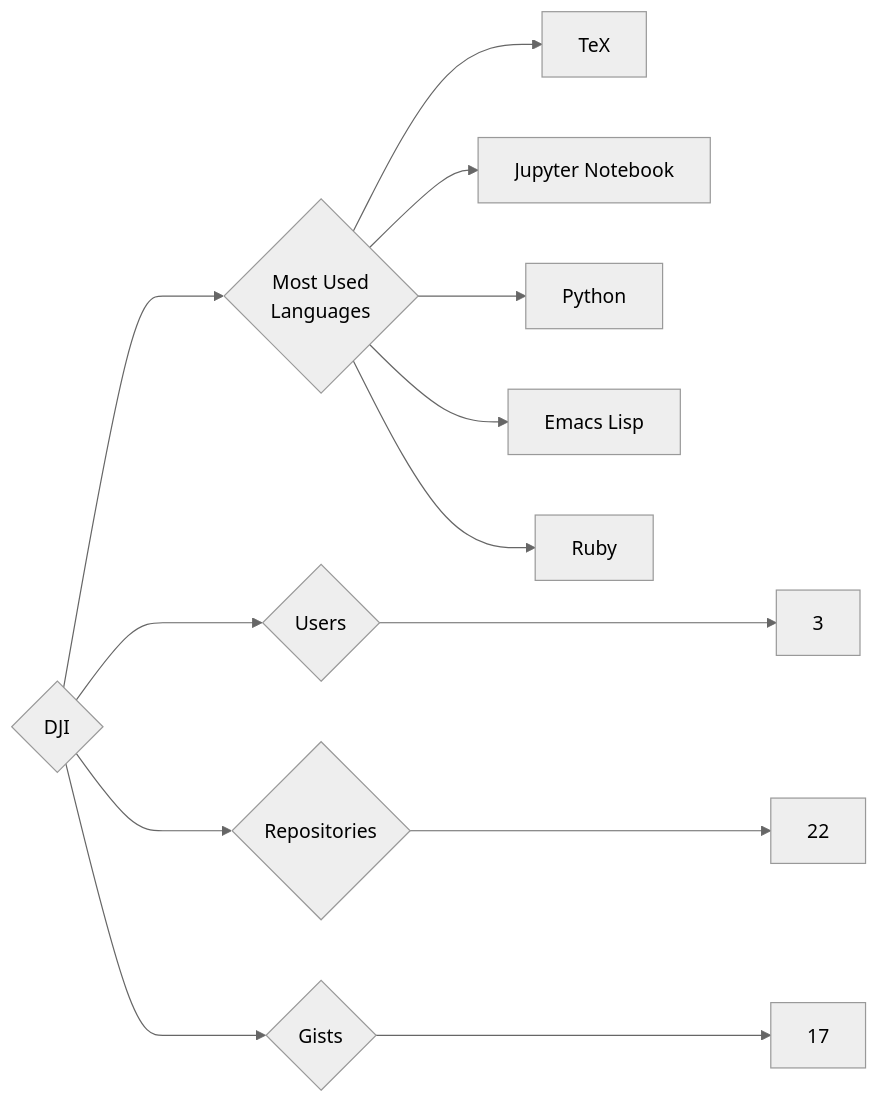
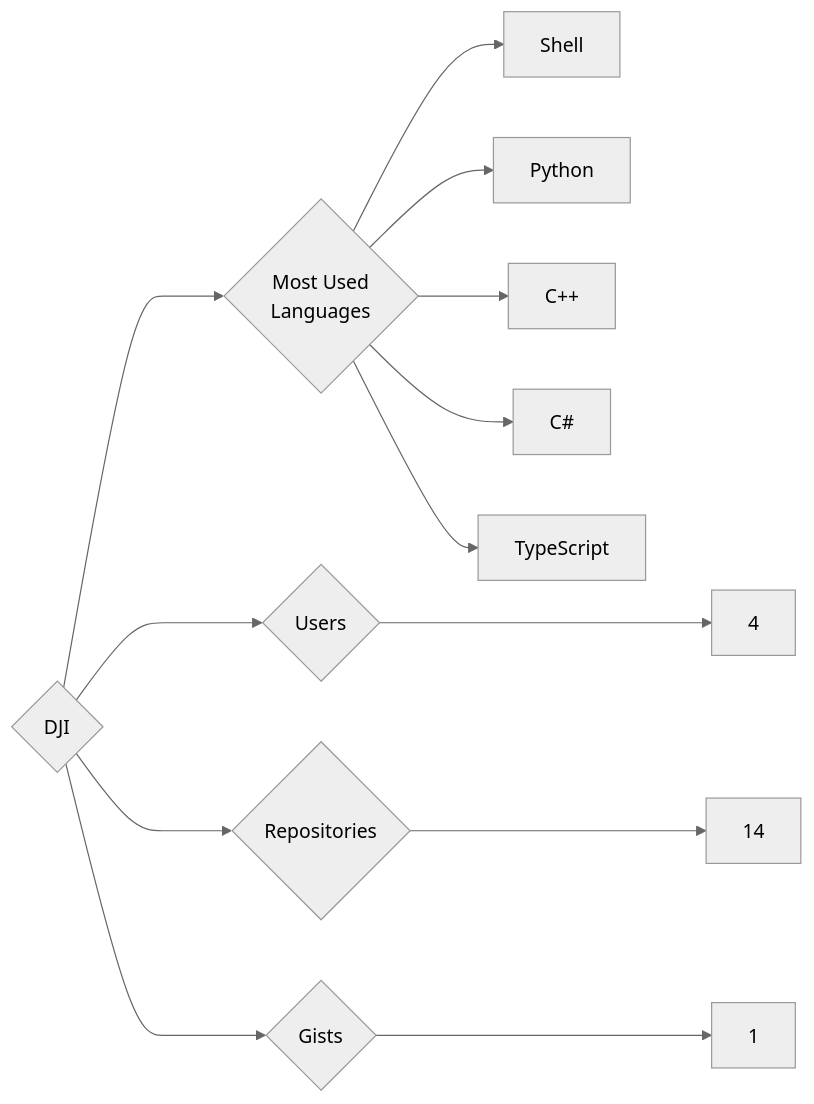
The diagram in targets/DJI/README.md (trickest/insiders), drawn with Mermaid (neutral theme) before and after one commit. The commit also changed 1089 other files, not shown here.

````diff
--- a/targets/DJI/README.md
+++ b/targets/DJI/README.md
@@ -3,13 +3,13 @@
 ```mermaid
 graph LR
 COMPANY_NAME{DJI}
-COMPANY_NAME ---> U{Users} ---> UN[3]
-COMPANY_NAME ---> R{Repositories} ---> RN[22]
-COMPANY_NAME ---> G{Gists} ---> GN[17]
+COMPANY_NAME ---> U{Users} ---> UN[4]
+COMPANY_NAME ---> R{Repositories} ---> RN[14]
+COMPANY_NAME ---> G{Gists} ---> GN[1]
 COMPANY_NAME ---> ML{Most Used<br>Languages}
-ML --> TeX[TeX]
-ML --> Jupyter_Notebook[Jupyter Notebook]
+ML --> Shell[Shell]
 ML --> Python[Python]
-ML --> Emacs_Lisp[Emacs Lisp]
-ML --> Ruby[Ruby]
+ML --> C++[C++]
+ML --> C#[C#]
+ML --> TypeScript[TypeScript]
 ```
````
